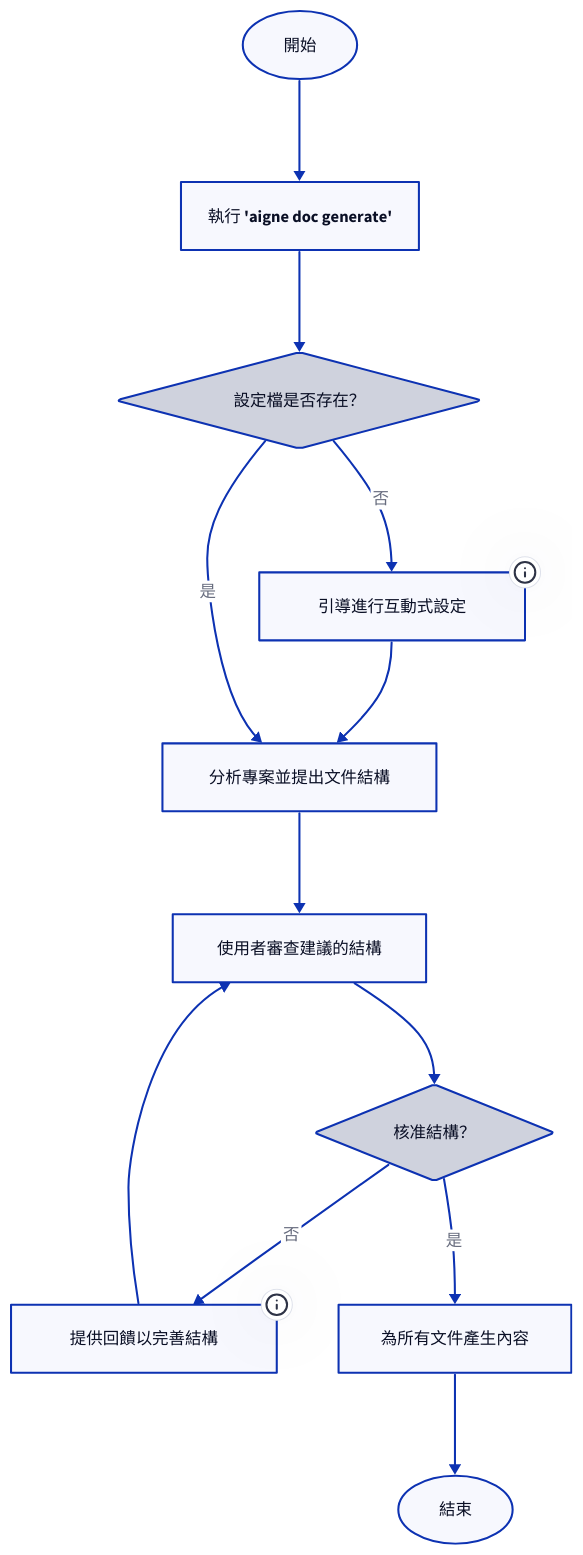
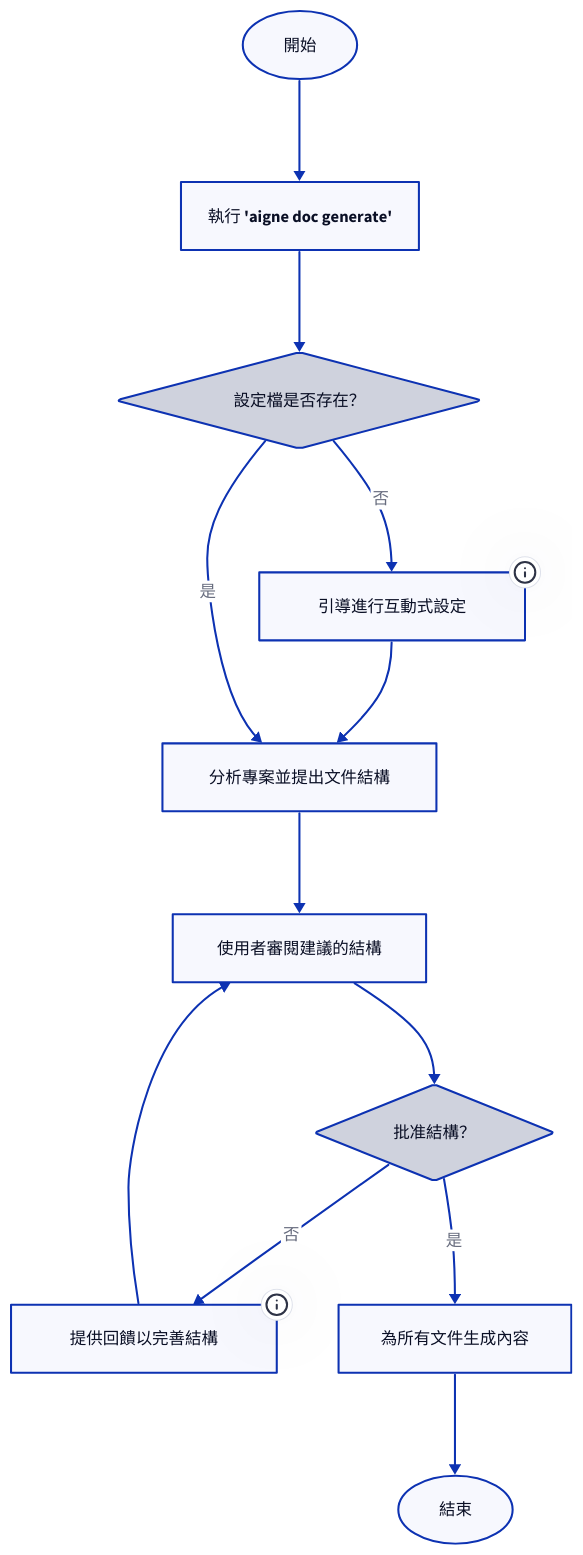
The diagram in docs/guides-generating-documentation.zh-TW.md (AIGNE-io/aigne-doc-smith), drawn with D2 before and after one commit. The commit also changed other lines of this file and 25 other files, not shown here.

````diff
--- a/docs/guides-generating-documentation.zh-TW.md
+++ b/docs/guides-generating-documentation.zh-TW.md
@@ -11,75 +11,75 @@
 ```d2
 direction: down
 
 start: {
   label: "開始"
   shape: oval
 }
 
 run_command: {
   label: "執行 'aigne doc generate'"
   shape: rectangle
 }
 
 check_config: {
   label: "設定檔是否存在？"
   shape: diamond
 }
 
 interactive_setup: {
   label: "引導進行互動式設定"
   shape: rectangle
   tooltip: "若找不到 .aigne/doc-smith/config.yaml，將觸發互動式設定。"
 }
 
 propose_structure: {
   label: "分析專案並提出文件結構"
   shape: rectangle
 }
 
 review_structure: {
-  label: "使用者審查建議的結構"
+  label: "使用者審閱建議的結構"
   shape: rectangle
 }
 
 user_approve: {
-  label: "核准結構？"
+  label: "批准結構？"
   shape: diamond
 }
 
 provide_feedback: {
   label: "提供回饋以完善結構"
   shape: rectangle
   tooltip: "使用者可以要求變更，例如重新命名、新增或移除章節。"
 }
 
 generate_content: {
-  label: "為所有文件產生內容"
+  label: "為所有文件生成內容"
   shape: rectangle
 }
 
 end: {
   label: "結束"
   shape: oval
 }
 
 start -> run_command
 run_command -> check_config
 check_config -> interactive_setup: {
   label: "否"
 }
 interactive_setup -> propose_structure
 check_config -> propose_structure: {
   label: "是"
 }
 propose_structure -> review_structure
 review_structure -> user_approve
 user_approve -> provide_feedback: {
   label: "否"
 }
 provide_feedback -> review_structure
 user_approve -> generate_content: {
   label: "是"
 }
 generate_content -> end
 ```
````
